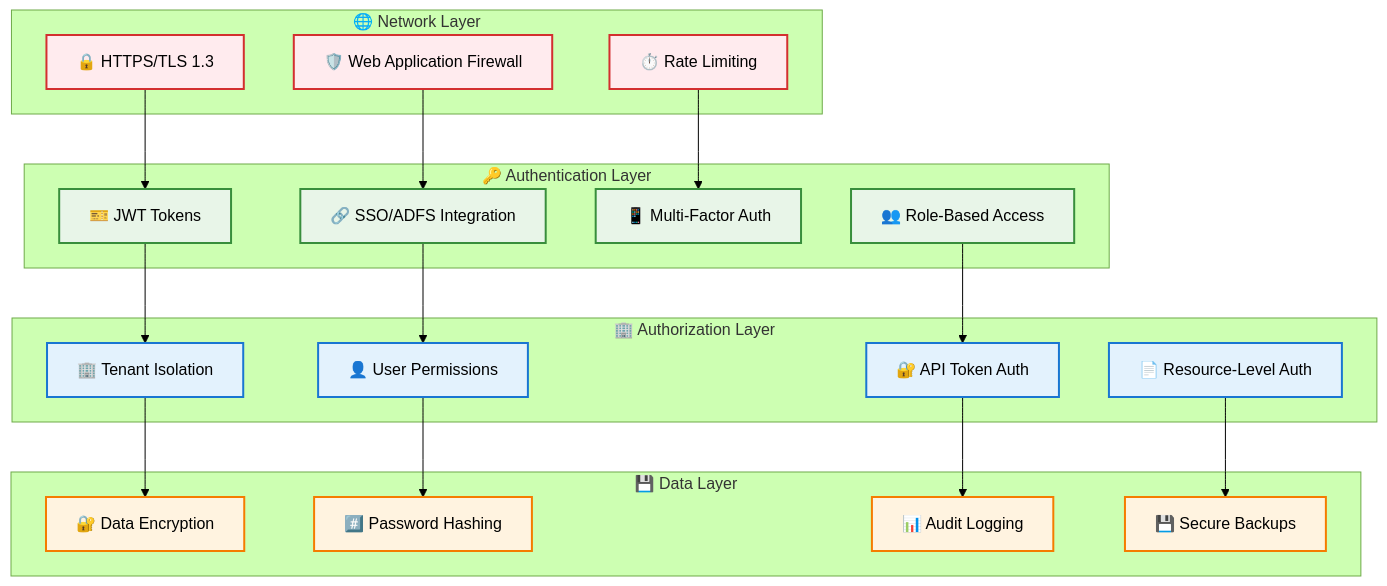
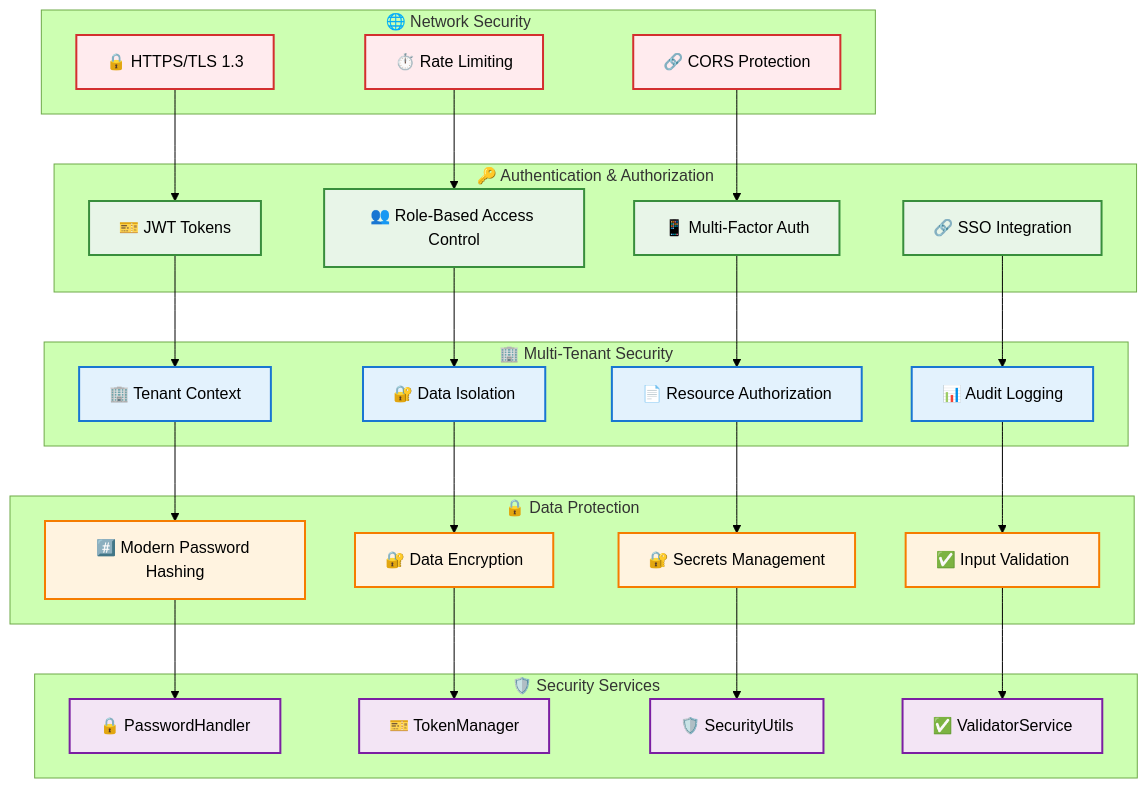
The sixth of 16 diagrams in ARCHITECTURE.md (MakerCorn/ai-prompt-manager), drawn with Mermaid (forest theme) before and after one commit. The commit also changed other lines of this file and 39 other files, not shown here.

````diff
--- a/ARCHITECTURE.md
+++ b/ARCHITECTURE.md
@@ -247,52 +341,67 @@
 ```mermaid
-graph TD
-    subgraph "🌐 Network Layer"
+graph TB
+    subgraph "🌐 Network Security"
         HTTPS[🔒 HTTPS/TLS 1.3]
-        WAF[🛡️ Web Application Firewall]
         RATE[⏱️ Rate Limiting]
+        CORS[🔗 CORS Protection]
     end
 
-    subgraph "🔑 Authentication Layer"
+    subgraph "🔑 Authentication & Authorization"
         JWT[🎫 JWT Tokens]
-        SSO[🔗 SSO/ADFS Integration]
+        RBAC[👥 Role-Based Access Control]
         MFA[📱 Multi-Factor Auth]
-        RBAC[👥 Role-Based Access]
+        SSO[🔗 SSO Integration]
     end
 
-    subgraph "🏢 Authorization Layer"
-        TENANT[🏢 Tenant Isolation]
-        USER_PERM[👤 User Permissions]
-        API_AUTH[🔐 API Token Auth]
-        RESOURCE[📄 Resource-Level Auth]
+    subgraph "🏢 Multi-Tenant Security"
+        TENANT_CTX[🏢 Tenant Context]
+        DATA_ISOLATION[🔐 Data Isolation]
+        RESOURCE_AUTH[📄 Resource Authorization]
+        AUDIT_LOG[📊 Audit Logging]
     end
 
-    subgraph "💾 Data Layer"
+    subgraph "🔒 Data Protection"
+        MODERN_HASH[#️⃣ Modern Password Hashing]
         ENCRYPT[🔐 Data Encryption]
-        HASH[#️⃣ Password Hashing]
-        AUDIT[📊 Audit Logging]
-        BACKUP[💾 Secure Backups]
+        SECRETS[🔐 Secrets Management]
+        VALIDATION[✅ Input Validation]
+    end
+
+    subgraph "🛡️ Security Services"
+        PASSWORD_SVC[🔒 PasswordHandler]
+        TOKEN_SVC[🎫 TokenManager]
+        SECURITY_UTILS[🛡️ SecurityUtils]
+        VALIDATORS[✅ ValidatorService]
     end
 
     HTTPS --> JWT
-    WAF --> SSO
-    RATE --> MFA
-    
-    JWT --> TENANT
-    SSO --> USER_PERM
-    RBAC --> API_AUTH
-    
-    TENANT --> ENCRYPT
-    USER_PERM --> HASH
-    API_AUTH --> AUDIT
-    RESOURCE --> BACKUP
+    RATE --> RBAC
+    CORS --> MFA
 
-    classDef networkLayer fill:#ffebee,stroke:#d32f2f,stroke-width:2px
-    classDef authLayer fill:#e8f5e8,stroke:#388e3c,stroke-width:2px
-    classDef authzLayer fill:#e3f2fd,stroke:#1976d2,stroke-width:2px
-    classDef dataLayer fill:#fff3e0,stroke:#f57c00,stroke-width:2px
+    JWT --> TENANT_CTX
+    RBAC --> DATA_ISOLATION
+    MFA --> RESOURCE_AUTH
+    SSO --> AUDIT_LOG
 
-    class HTTPS,WAF,RATE networkLayer
-    class JWT,SSO,MFA,RBAC authLayer
-    class TENANT,USER_PERM,API_AUTH,RESOURCE authzLayer
-    class ENCRYPT,HASH,AUDIT,BACKUP dataLayer
+    TENANT_CTX --> MODERN_HASH
+    DATA_ISOLATION --> ENCRYPT
+    RESOURCE_AUTH --> SECRETS
+    AUDIT_LOG --> VALIDATION
+
+    MODERN_HASH --> PASSWORD_SVC
+    ENCRYPT --> TOKEN_SVC
+    SECRETS --> SECURITY_UTILS
+    VALIDATION --> VALIDATORS
+
+    classDef network fill:#ffebee,stroke:#d32f2f,stroke-width:2px
+    classDef auth fill:#e8f5e8,stroke:#388e3c,stroke-width:2px
+    classDef tenant fill:#e3f2fd,stroke:#1976d2,stroke-width:2px
+    classDef data fill:#fff3e0,stroke:#f57c00,stroke-width:2px
+    classDef services fill:#f3e5f5,stroke:#7b1fa2,stroke-width:2px
+
+    class HTTPS,RATE,CORS network
+    class JWT,RBAC,MFA,SSO auth
+    class TENANT_CTX,DATA_ISOLATION,RESOURCE_AUTH,AUDIT_LOG tenant
+    class MODERN_HASH,ENCRYPT,SECRETS,VALIDATION data
+    class PASSWORD_SVC,TOKEN_SVC,SECURITY_UTILS,VALIDATORS services
 ```
````
